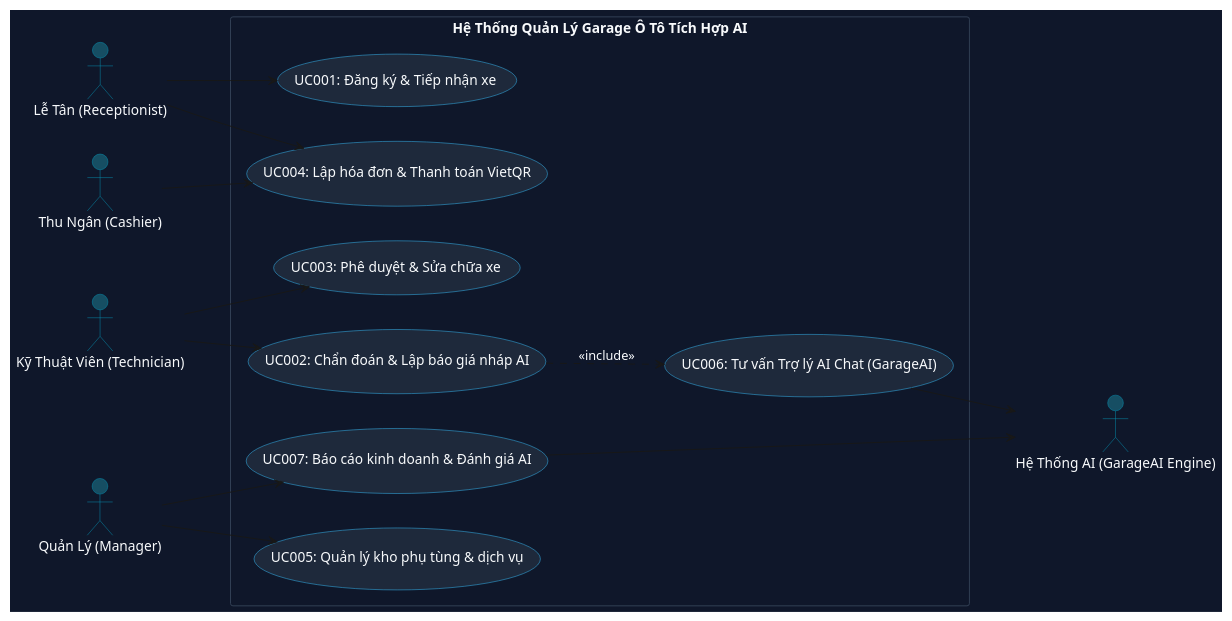
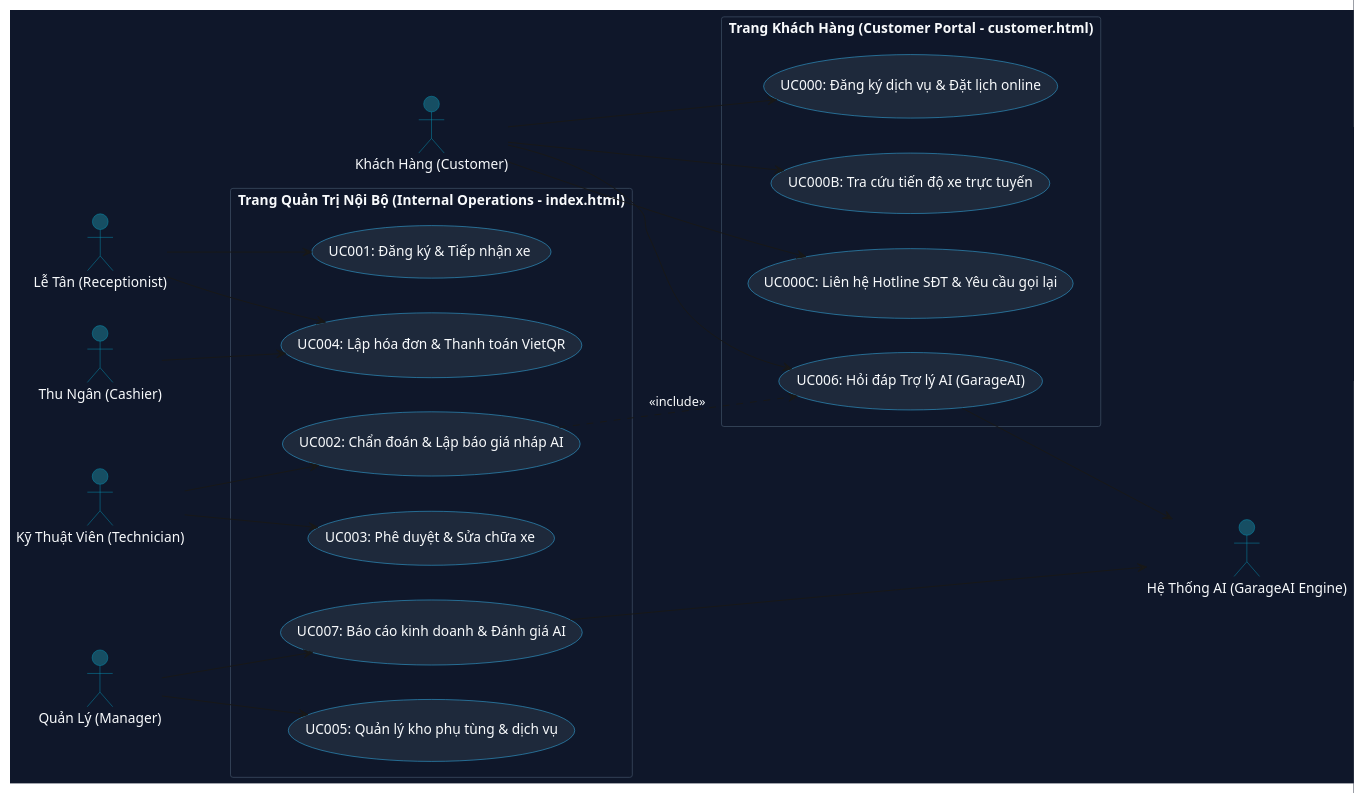
The diagram in diagram/01_use-case-overview.puml (Dvihndg/duangaravtv), drawn with PlantUML before and after one commit. The commit also changed 3 other files, not shown here.

Commit message:
refactor: Phân tách riêng biệt Trang Khách Hàng (customer.html) và Trang Quản Trị Nội Bộ (index.html)

```diff
--- a/diagram/01_use-case-overview.puml
+++ b/diagram/01_use-case-overview.puml
@@ -1,41 +1,53 @@
 @startuml
 left to right direction
 skinparam packageStyle rectangle
 skinparam backgroundColor #0f172a
 skinparam defaultFontColor #f8fafc
 skinparam actorBorderColor #0891b2
 skinparam actorBackgroundColor #164e63
 skinparam usecaseBackgroundColor #1e293b
 skinparam usecaseBorderColor #38bdf8
 skinparam rectangleBackgroundColor #0f172a
 skinparam rectangleBorderColor #334155
 
+actor "Khách Hàng (Customer)" as Customer
 actor "Lễ Tân (Receptionist)" as Receptionist
 actor "Kỹ Thuật Viên (Technician)" as Technician
 actor "Thu Ngân (Cashier)" as Cashier
 actor "Quản Lý (Manager)" as Manager
 actor "Hệ Thống AI (GarageAI Engine)" as AIEngine
 
-rectangle "Hệ Thống Quản Lý Garage Ô Tô Tích Hợp AI" {
+rectangle "Trang Khách Hàng (Customer Portal - customer.html)" {
+    usecase "UC000: Đăng ký dịch vụ & Đặt lịch online" as UC000
+    usecase "UC000B: Tra cứu tiến độ xe trực tuyến" as UC000B
+    usecase "UC000C: Liên hệ Hotline SĐT & Yêu cầu gọi lại" as UC000C
+    usecase "UC006: Hỏi đáp Trợ lý AI (GarageAI)" as UC006
+}
+
+rectangle "Trang Quản Trị Nội Bộ (Internal Operations - index.html)" {
     usecase "UC001: Đăng ký & Tiếp nhận xe" as UC001
     usecase "UC002: Chẩn đoán & Lập báo giá nháp AI" as UC002
     usecase "UC003: Phê duyệt & Sửa chữa xe" as UC003
     usecase "UC004: Lập hóa đơn & Thanh toán VietQR" as UC004
     usecase "UC005: Quản lý kho phụ tùng & dịch vụ" as UC005
-    usecase "UC006: Tư vấn Trợ lý AI Chat (GarageAI)" as UC006
     usecase "UC007: Báo cáo kinh doanh & Đánh giá AI" as UC007
 }
+
+Customer --> UC000
+Customer --> UC000B
+Customer --> UC000C
+Customer --> UC006
 
 Receptionist --> UC001
 Receptionist --> UC004
 Technician --> UC002
 Technician --> UC003
 Cashier --> UC004
 Manager --> UC005
 Manager --> UC007
 
+UC006 --> AIEngine
 UC002 ..> UC006 : <<include>>
-UC006 --> AIEngine
 UC007 --> AIEngine
 
 @enduml
```
